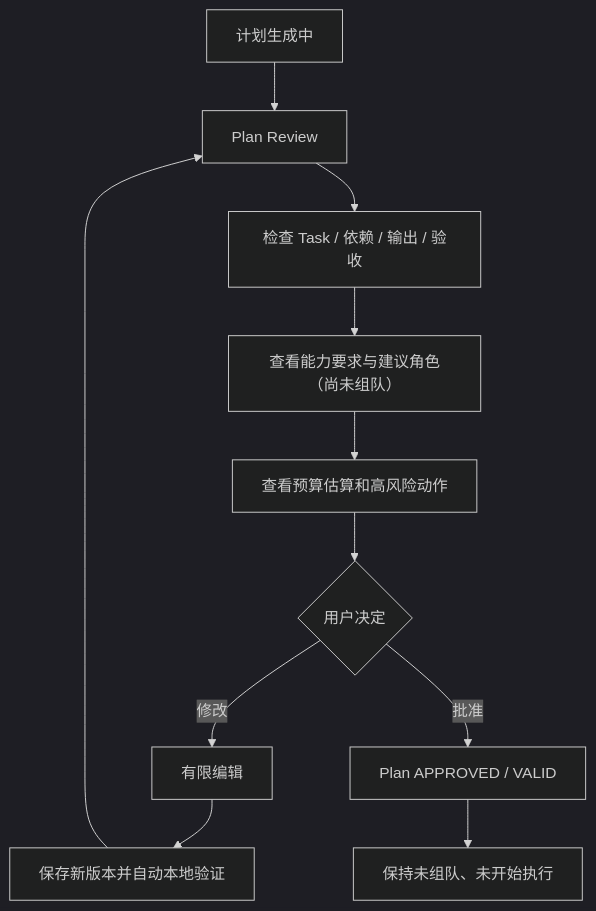
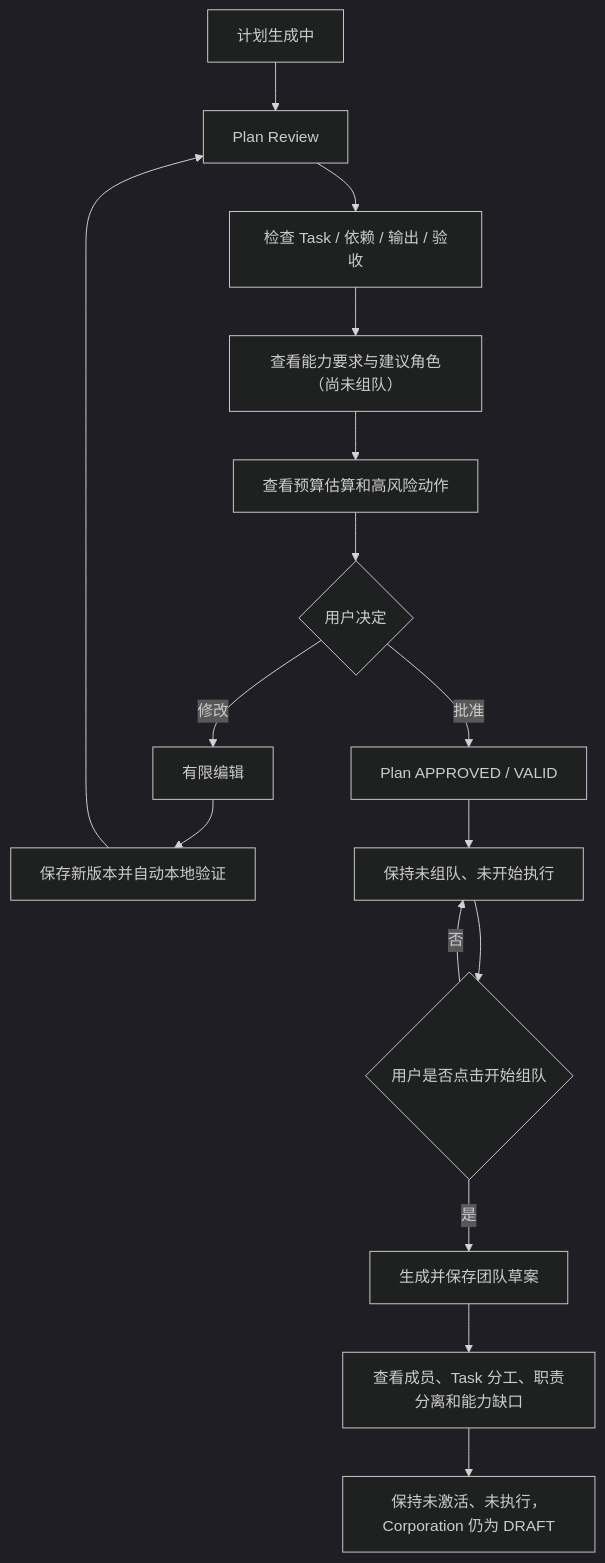
Before and after one commit to banyueban/ai-corporation: the third of 8 diagrams in docs/07-ui/Core-User-Flows.md, drawn with Mermaid (dark theme). The commit also changed other lines of this file and 30 other files, not shown here.

````diff
--- a/docs/07-ui/Core-User-Flows.md
+++ b/docs/07-ui/Core-User-Flows.md
@@ -96,13 +96,18 @@
 ```mermaid
 flowchart TD
     A["计划生成中"] --> B["Plan Review"]
     B --> C["检查 Task / 依赖 / 输出 / 验收"]
     C --> D["查看能力要求与建议角色（尚未组队）"]
     D --> E["查看预算估算和高风险动作"]
     E --> F{"用户决定"}
     F -->|修改| G["有限编辑"]
     G --> H["保存新版本并自动本地验证"]
     H --> B
     F -->|批准| I["Plan APPROVED / VALID"]
     I --> J["保持未组队、未开始执行"]
+    J --> K{"用户是否点击开始组队"}
+    K -->|否| J
+    K -->|是| L["生成并保存团队草案"]
+    L --> M["查看成员、Task 分工、职责分离和能力缺口"]
+    M --> N["保持未激活、未执行，Corporation 仍为 DRAFT"]
 ```
````
